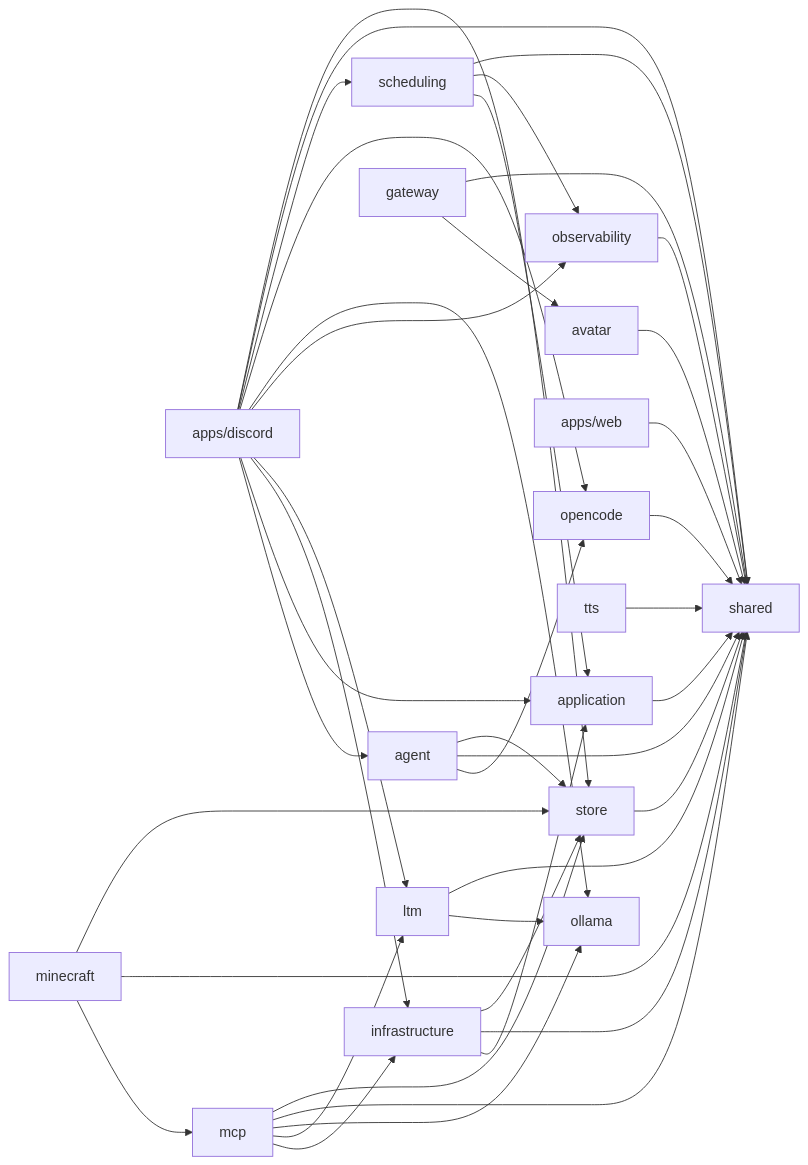
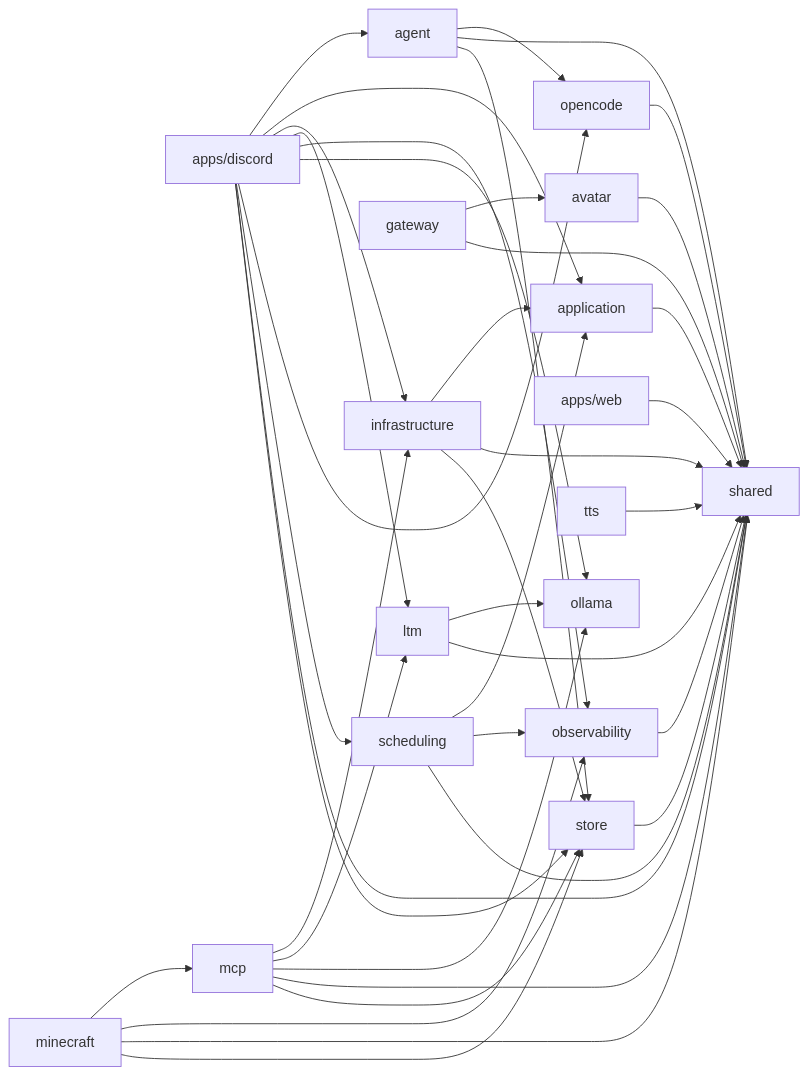
The diagram in docs/DEPS.md (OJII3/vicissitude), drawn with Mermaid before and after one commit. The commit also changed other lines of this file and 12 other files, not shown here.

````diff
--- a/docs/DEPS.md
+++ b/docs/DEPS.md
@@ -7,43 +7,44 @@
 ```mermaid
 graph LR
   agent --> opencode
   agent --> shared
   agent --> store
   application --> shared
   apps_discord["apps/discord"] --> agent
   apps_discord["apps/discord"] --> application
   apps_discord["apps/discord"] --> infrastructure
   apps_discord["apps/discord"] --> ltm
   apps_discord["apps/discord"] --> observability
   apps_discord["apps/discord"] --> ollama
   apps_discord["apps/discord"] --> opencode
   apps_discord["apps/discord"] --> scheduling
   apps_discord["apps/discord"] --> shared
   apps_discord["apps/discord"] --> store
   apps_web["apps/web"] --> shared
   avatar --> shared
   gateway --> avatar
   gateway --> shared
   infrastructure --> application
   infrastructure --> shared
   infrastructure --> store
   ltm --> ollama
   ltm --> shared
   mcp --> infrastructure
   mcp --> ltm
   mcp --> ollama
   mcp --> shared
   mcp --> store
   minecraft --> mcp
+  minecraft --> observability
   minecraft --> shared
   minecraft --> store
   observability --> shared
   ollama
   opencode --> shared
   scheduling --> application
   scheduling --> observability
   scheduling --> shared
   shared
   store --> shared
   tts --> shared
 ```
````
